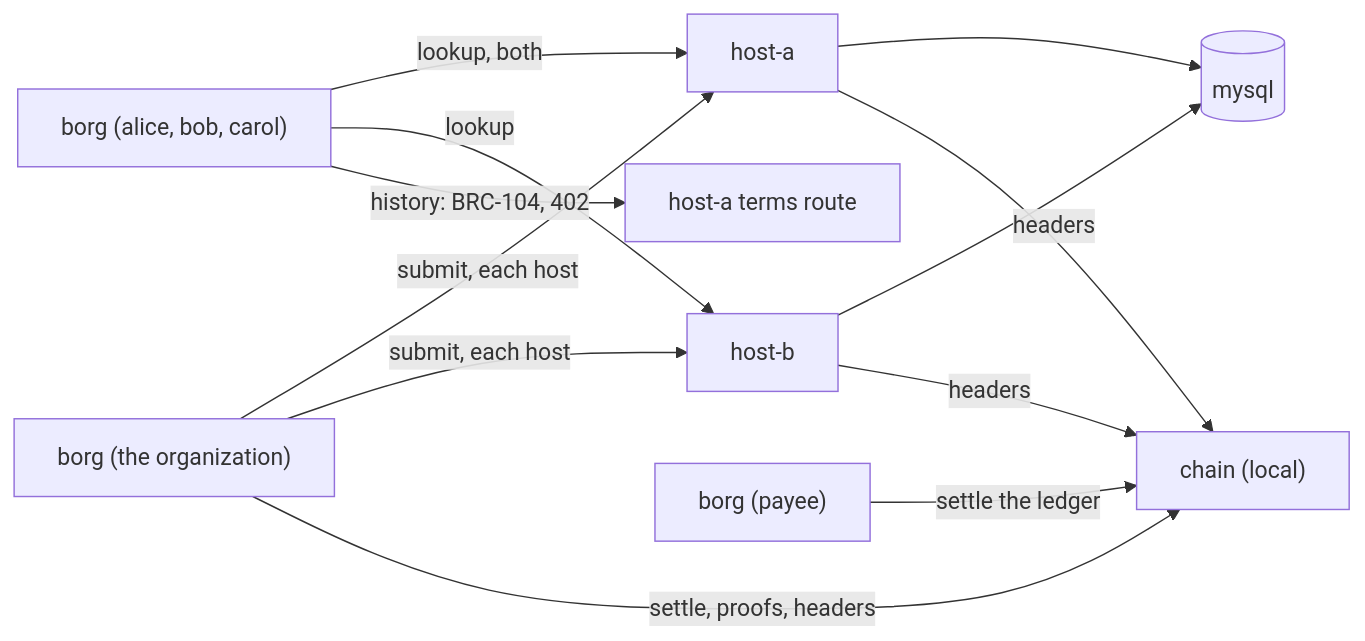
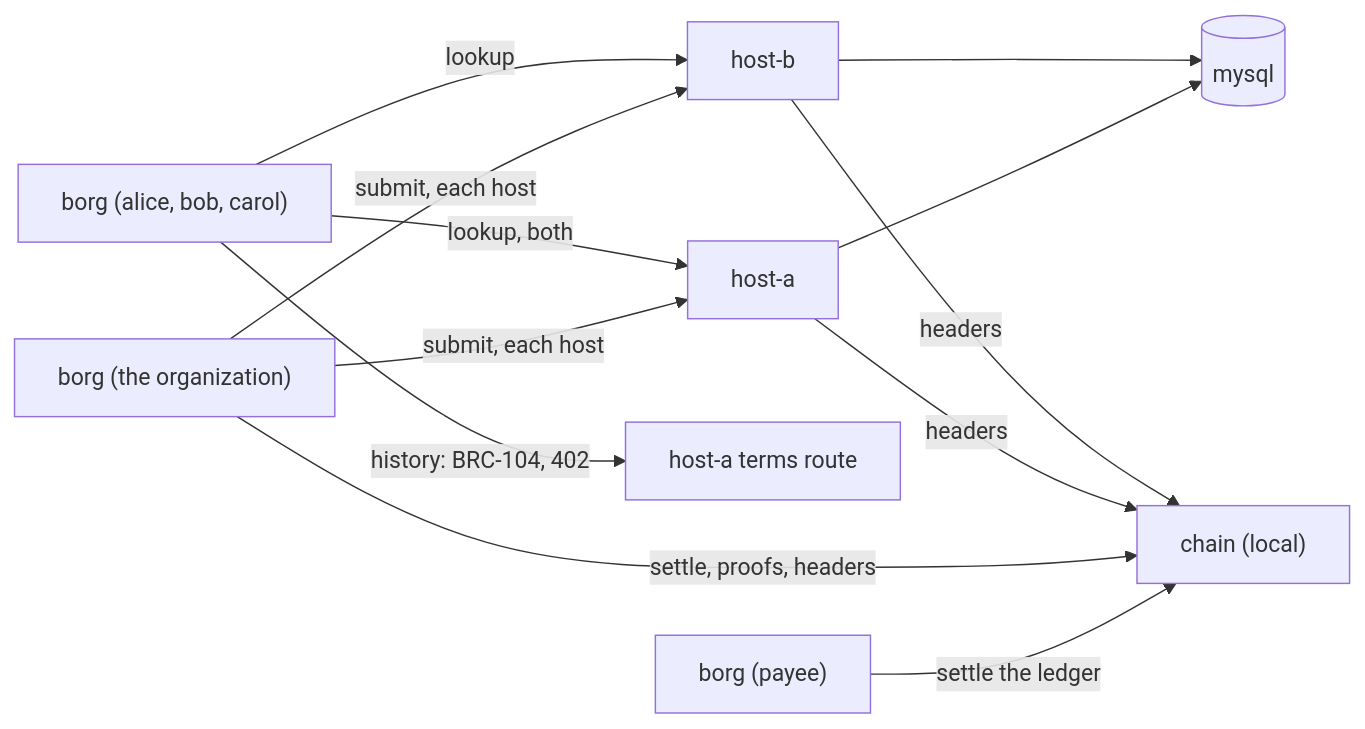
One commit to lightwebinc/borg changed the diagram in QUICKSTART.md. Above: the diagram before and after it, drawn with Mermaid. The commit also changed 2 other files, not shown here.

Commit message:
[Fix] diagrams: a spacer where the viewer's controls land
The rendered viewer places a 3x3 zoom and pan panel over the diagram's
bottom-right corner, and the flowchart renderer in the viewer's mermaid
build does not read diagramPadding (the viewer sets it to 48 itself, to no
effect). So the padding is content: an invisible node in the rightmost
rank, below its last node, which is what the panel now covers.

````diff
--- a/QUICKSTART.md
+++ b/QUICKSTART.md
@@ -80,15 +80,19 @@
 ```mermaid
-%%{init: {"flowchart": {"diagramPadding": 48}}}%%
 flowchart LR
   O["borg (the organization)"] -->|"submit, each host"| HA["host-a"]
   O -->|"submit, each host"| HB["host-b"]
   M["borg (alice, bob, carol)"] -->|"lookup, both"| HA
   M -->|lookup| HB
   M -->|"history: BRC-104, 402"| T["host-a terms route"]
   P["borg (payee)"] -->|"settle the ledger"| C
   HA --> D[(mysql)]
   HB --> D
   O -->|"settle, proofs, headers"| C["chain (local)"]
   HA -->|headers| C
   HB -->|headers| C
+  %% The last node is an invisible spacer in the rightmost rank: the rendered
+  %% viewer places its zoom and pan controls over the bottom-right corner.
+  HA ~~~ pad
+  pad["&nbsp;<br/>&nbsp;<br/>&nbsp;<br/>&nbsp;<br/>&nbsp;"]:::pad
+  classDef pad fill:none,stroke:none,color:transparent
 ```
````
